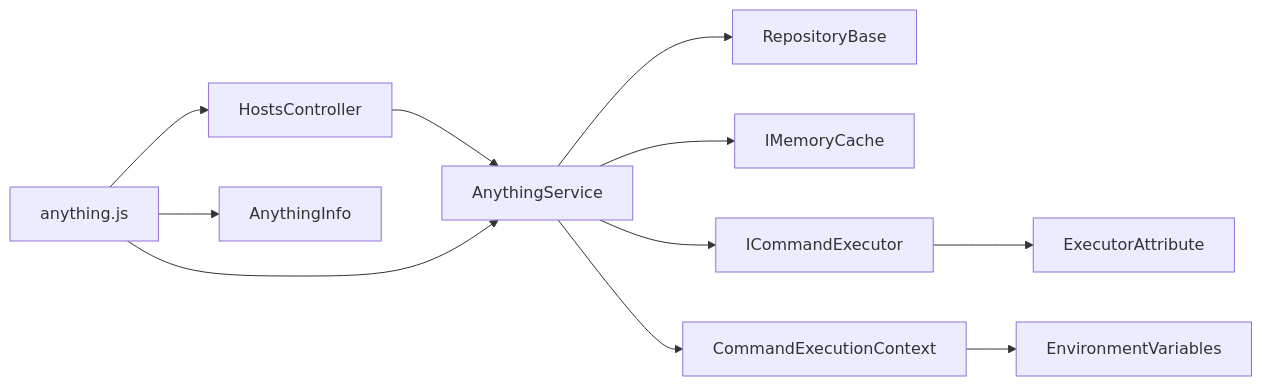
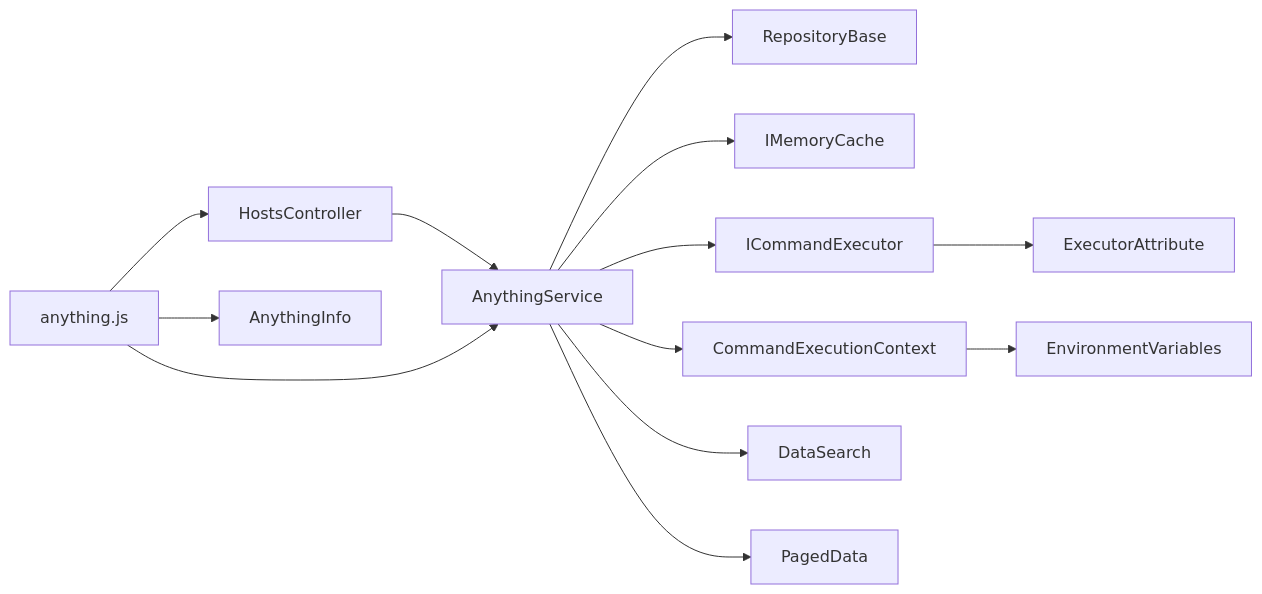
Before and after one commit to Sosososolong/AirGo: the ninth of 9 diagrams in .qoder/repowiki/zh/content/远程主机管理模块/AnythingService 核心功能.md, drawn with Mermaid. The commit also changed other lines of this file and 9 other files, not shown here.

````diff
--- a/.qoder/repowiki/zh/content/远程主机管理模块/AnythingService 核心功能.md
+++ b/.qoder/repowiki/zh/content/远程主机管理模块/AnythingService 核心功能.md
@@ -521,13 +632,15 @@
 ```mermaid
 graph LR
 Controller["HostsController"] --> Service["AnythingService"]
 Service --> Repo["RepositoryBase<T>"]
 Service --> Cache["IMemoryCache"]
 Service --> Exec["ICommandExecutor"]
 Service --> Ctx["CommandExecutionContext"]
+Service --> DataSearch["DataSearch"]
+Service --> PagedData["PagedData<T>"]
 Ctx --> EnvVars["EnvironmentVariables"]
 Exec --> Attr["ExecutorAttribute"]
 Frontend["anything.js"] --> Controller
 Frontend --> Service
 Frontend --> AnythingInfo["AnythingInfo"]
 ```
````
